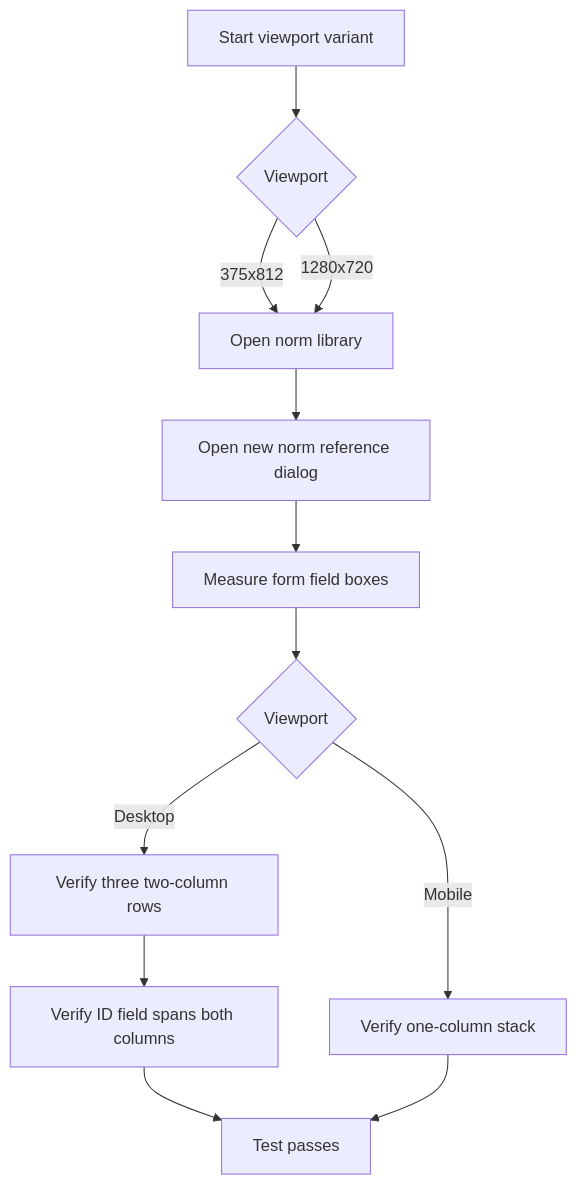
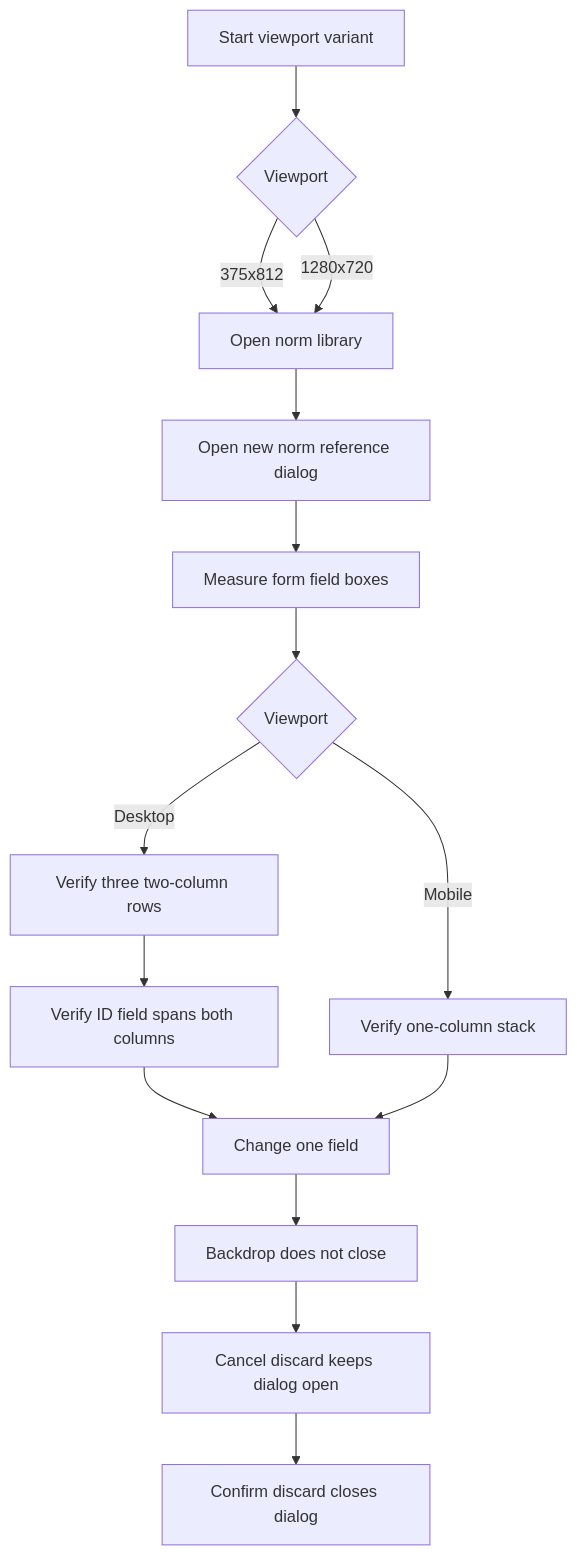
Before and after one commit to viscalyx/Kravhantering: the first of 2 diagrams in tests/integration/norm-reference-create-layout.md, drawn with Mermaid. The commit also changed other lines of this file and 32 other files, not shown here.

````diff
--- a/tests/integration/norm-reference-create-layout.md
+++ b/tests/integration/norm-reference-create-layout.md
@@ -21,14 +22,17 @@
 ```mermaid
 flowchart TD
     A[Start viewport variant] --> B{Viewport}
     B -- 375x812 --> C[Open norm library]
     B -- 1280x720 --> C
     C --> D[Open new norm reference dialog]
     D --> E[Measure form field boxes]
     E --> F{Viewport}
     F -- Desktop --> G[Verify three two-column rows]
     G --> H[Verify ID field spans both columns]
     F -- Mobile --> I[Verify one-column stack]
-    H --> J[Test passes]
+    H --> J[Change one field]
     I --> J
+    J --> K[Backdrop does not close]
+    K --> L[Cancel discard keeps dialog open]
+    L --> M[Confirm discard closes dialog]
 ```
````
